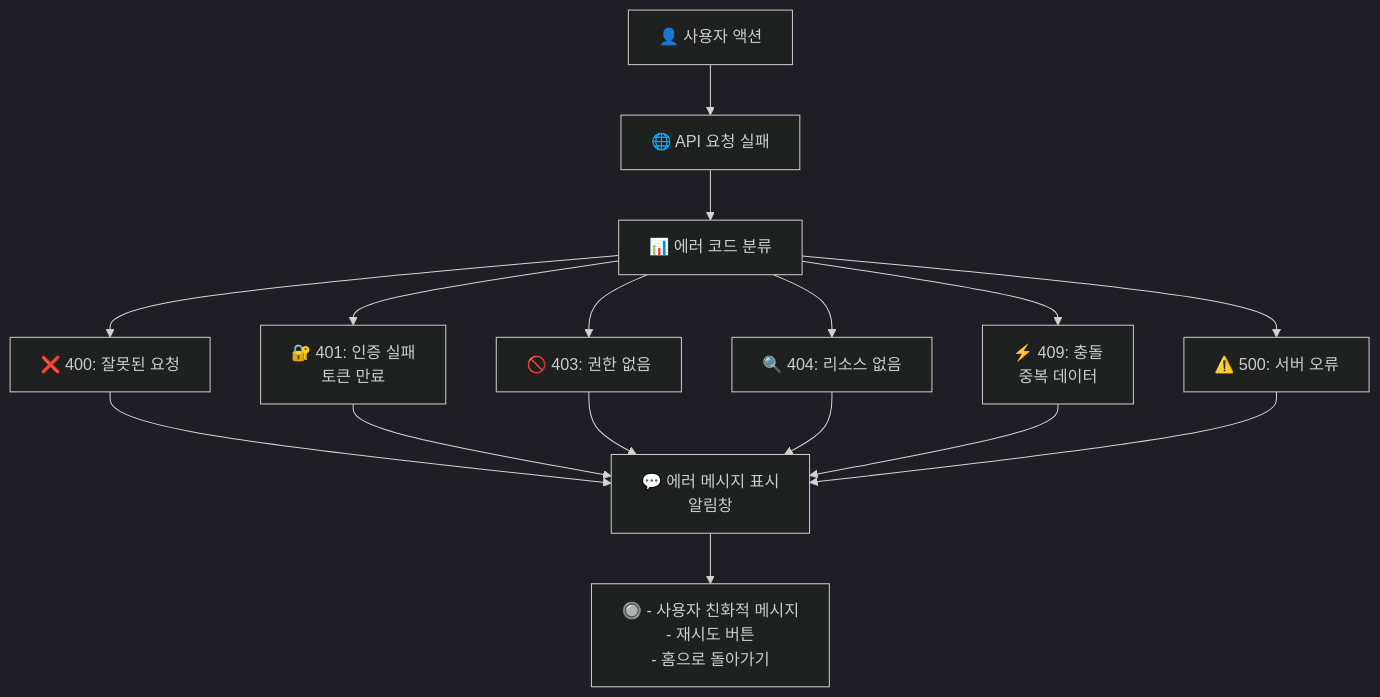
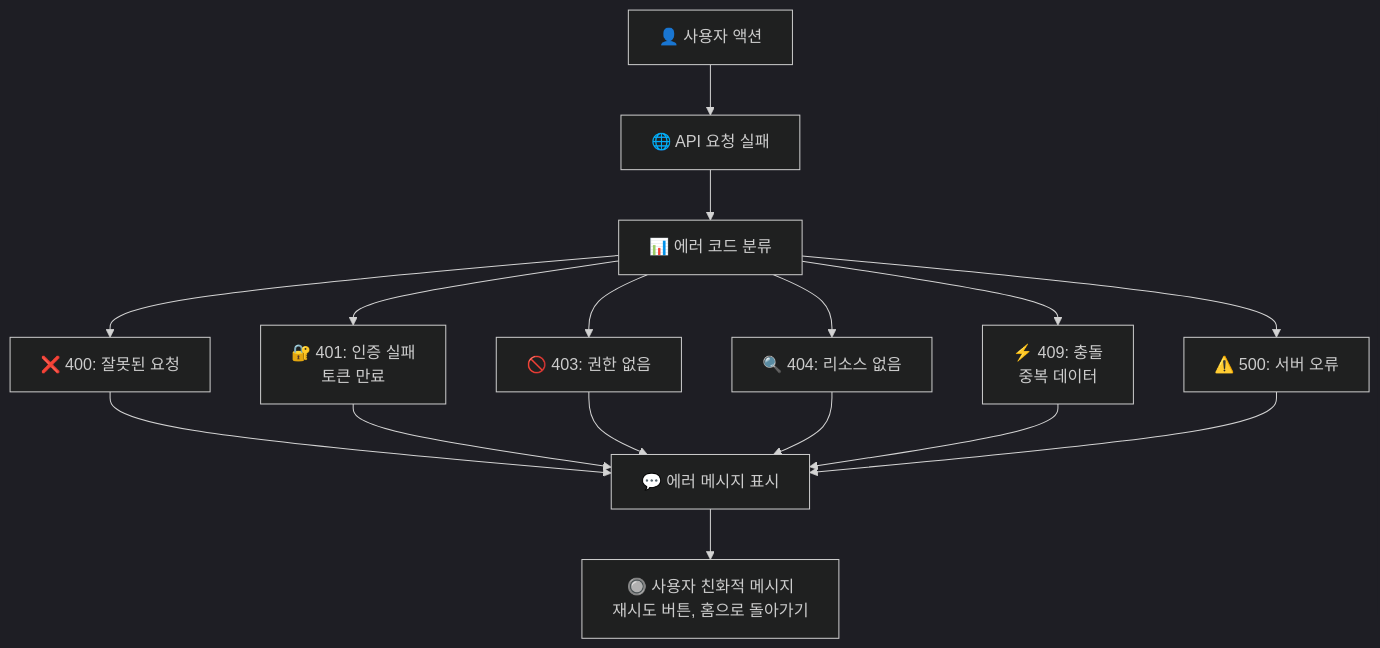
Before and after one commit to hamonia777/Real-time-sign-language-translation-service-Backend: diagram 11 of 15 in doc/USER_FLOW.md, drawn with Mermaid (dark theme). The commit also changed other lines of this file, not shown here.

Commit message:
FIX : mermaid 코드 에러 수정

````diff
--- a/doc/USER_FLOW.md
+++ b/doc/USER_FLOW.md
@@ -228,18 +243,18 @@
 ```mermaid
 graph TD
     A["👤 사용자 액션"] --> B["🌐 API 요청 실패"]
     B --> C["📊 에러 코드 분류"]
     C --> D["❌ 400: 잘못된 요청"]
     C --> E["🔐 401: 인증 실패<br/>토큰 만료"]
     C --> F["🚫 403: 권한 없음"]
     C --> G["🔍 404: 리소스 없음"]
     C --> H["⚡ 409: 충돌<br/>중복 데이터"]
     C --> I["⚠️ 500: 서버 오류"]
-    D --> J["💬 에러 메시지 표시<br/>알림창"]
+    D --> J["💬 에러 메시지 표시"]
     E --> J
     F --> J
     G --> J
     H --> J
     I --> J
-    J --> K["🔘 - 사용자 친화적 메시지<br/>- 재시도 버튼<br/>- 홈으로 돌아가기"]
+    J --> K["🔘 사용자 친화적 메시지<br/>재시도 버튼, 홈으로 돌아가기"]
 ```
````
